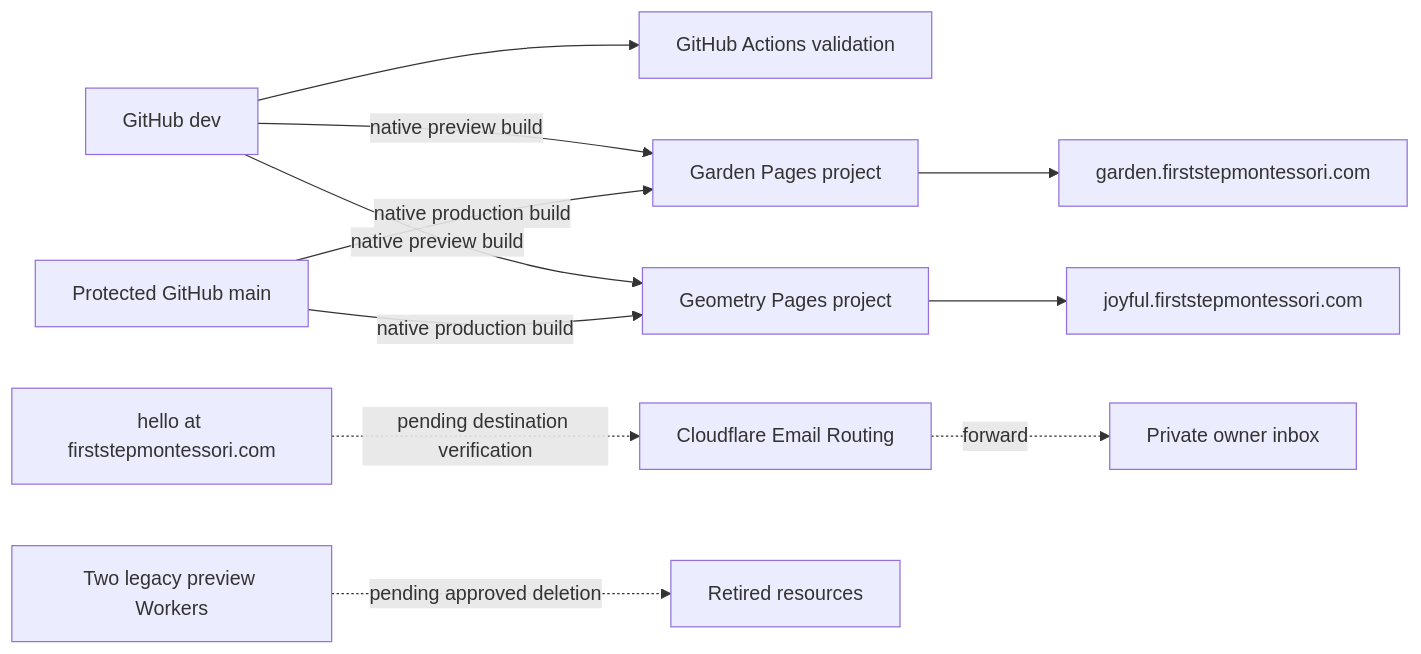
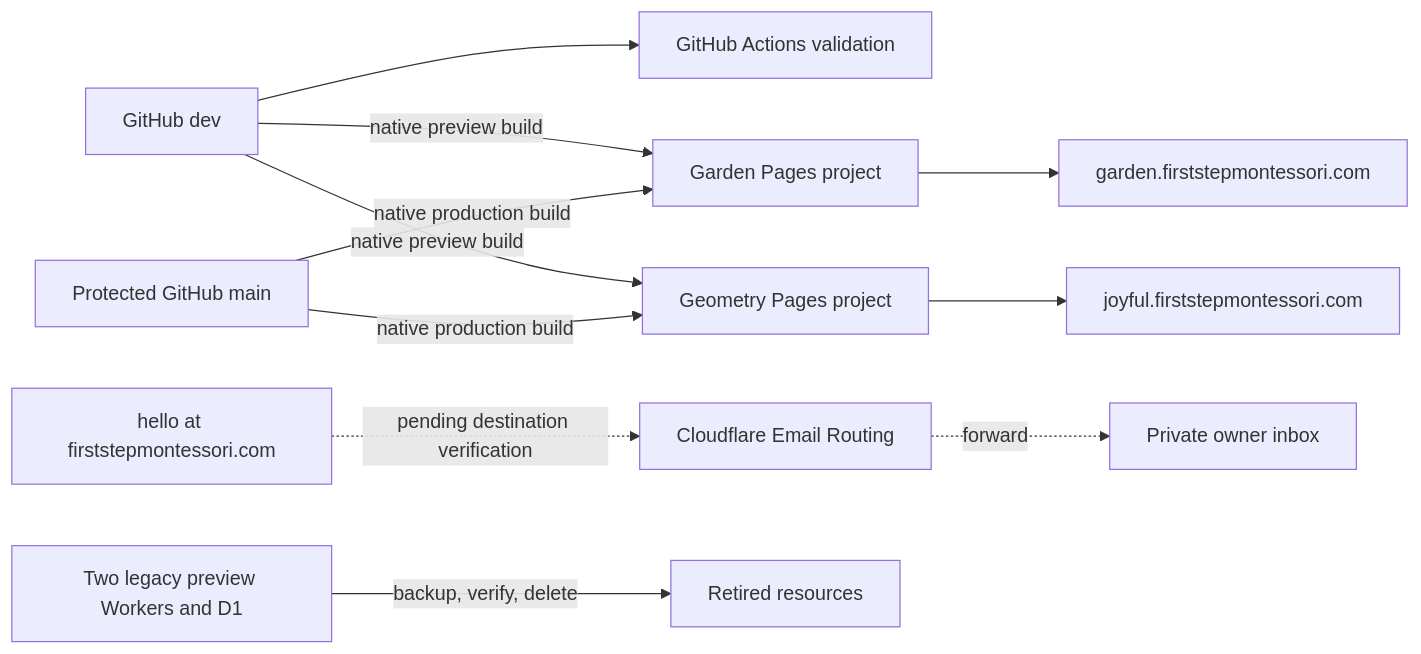
Before and after one commit to firststepmontessori/firststepmontessori: the diagram in docs/20-integrations-deployment-record.md, drawn with Mermaid. The commit also changed other lines of this file and 4 other files, not shown here.

Commit message:
docs: record legacy runtime retirement

````diff
--- a/docs/20-integrations-deployment-record.md
+++ b/docs/20-integrations-deployment-record.md
@@ -10,13 +10,13 @@
 ```mermaid
 flowchart LR
     Dev[GitHub dev] --> Validation[GitHub Actions validation]
     Dev -->|native preview build| Garden[Garden Pages project]
     Dev -->|native preview build| Geometry[Geometry Pages project]
     Main[Protected GitHub main] -->|native production build| Garden
     Main -->|native production build| Geometry
     Garden --> GardenURL[garden.firststepmontessori.com]
     Geometry --> GeometryURL[joyful.firststepmontessori.com]
     Mail[hello at firststepmontessori.com] -. pending destination verification .-> Route[Cloudflare Email Routing]
     Route -. forward .-> Inbox[Private owner inbox]
-    LegacyWorkers[Two legacy preview Workers] -. pending approved deletion .-> Retirement[Retired resources]
+    LegacyWorkers[Two legacy preview Workers and D1] -->|backup, verify, delete| Retirement[Retired resources]
 ```
````
